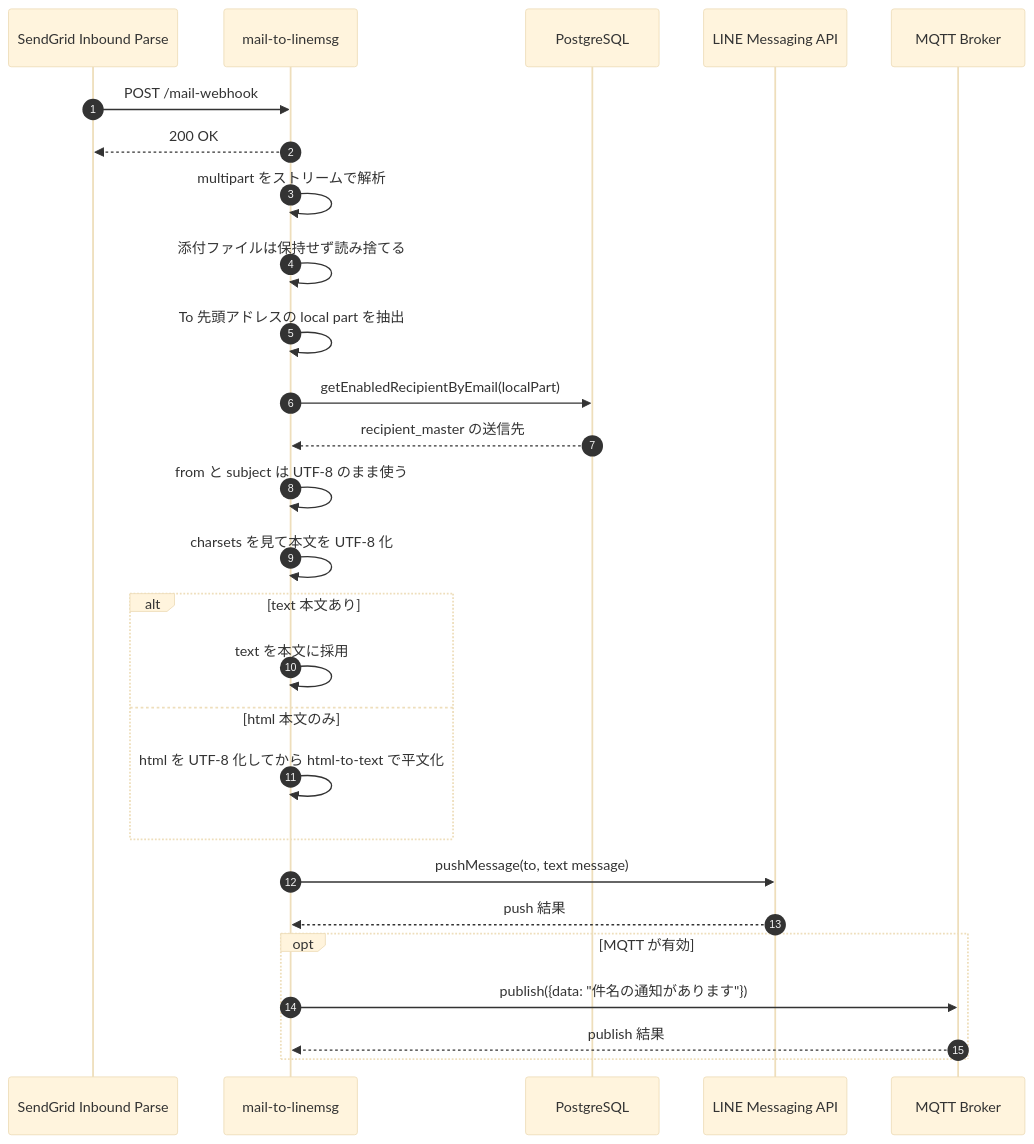
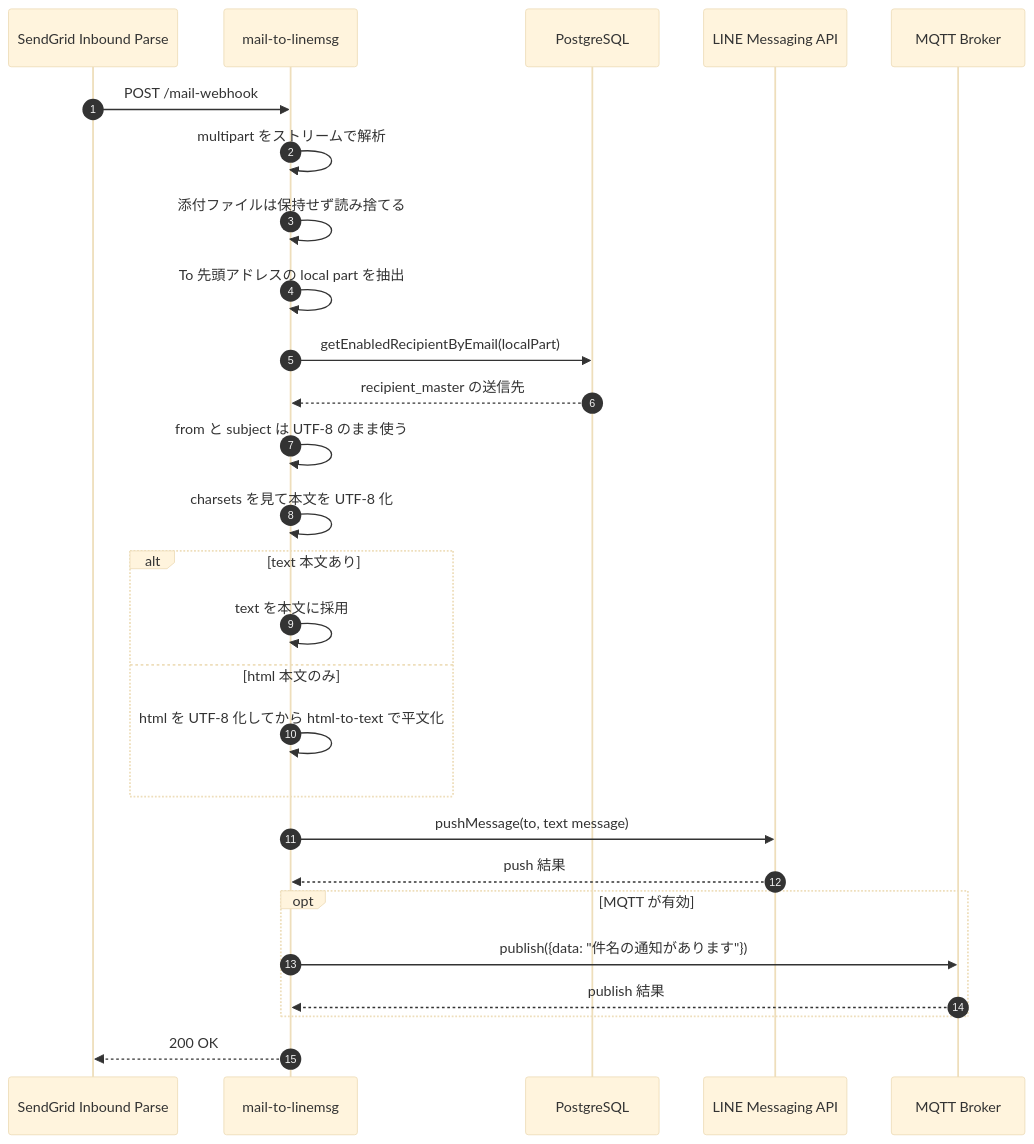
One commit to yasu-hide/mail-to-linemsg changed the second of 2 diagrams in docs/system-overview.md. Above: the diagram before and after it, drawn with Mermaid (base theme). The commit also changed other lines of this file and 2 other files, not shown here.

````diff
--- a/docs/system-overview.md
+++ b/docs/system-overview.md
@@ -75,30 +75,30 @@
 ```mermaid
 sequenceDiagram
 	autonumber
 	participant SendGrid as SendGrid Inbound Parse
 	participant App as mail-to-linemsg
 	participant DB as PostgreSQL
 	participant LineMsg as LINE Messaging API
 	participant MQTT as MQTT Broker
 
 	SendGrid->>App: POST /mail-webhook
-	App-->>SendGrid: 200 OK
 	App->>App: multipart をストリームで解析
 	App->>App: 添付ファイルは保持せず読み捨てる
 	App->>App: To 先頭アドレスの local part を抽出
 	App->>DB: getEnabledRecipientByEmail(localPart)
 	DB-->>App: recipient_master の送信先
 	App->>App: from と subject は UTF-8 のまま使う
 	App->>App: charsets を見て本文を UTF-8 化
 	alt text 本文あり
 		App->>App: text を本文に採用
 	else html 本文のみ
 		App->>App: html を UTF-8 化してから html-to-text で平文化
 	end
 	App->>LineMsg: pushMessage(to, text message)
 	LineMsg-->>App: push 結果
 	opt MQTT が有効
 		App->>MQTT: publish({data: "件名の通知があります"})
 		MQTT-->>App: publish 結果
 	end
+	App-->>SendGrid: 200 OK
 ```
````
